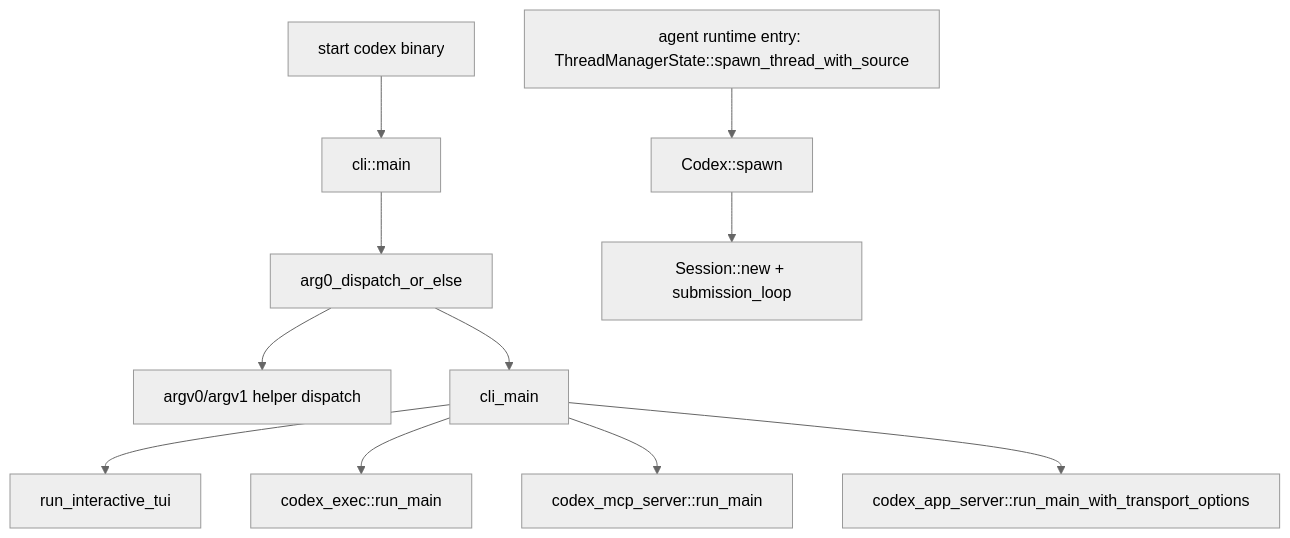
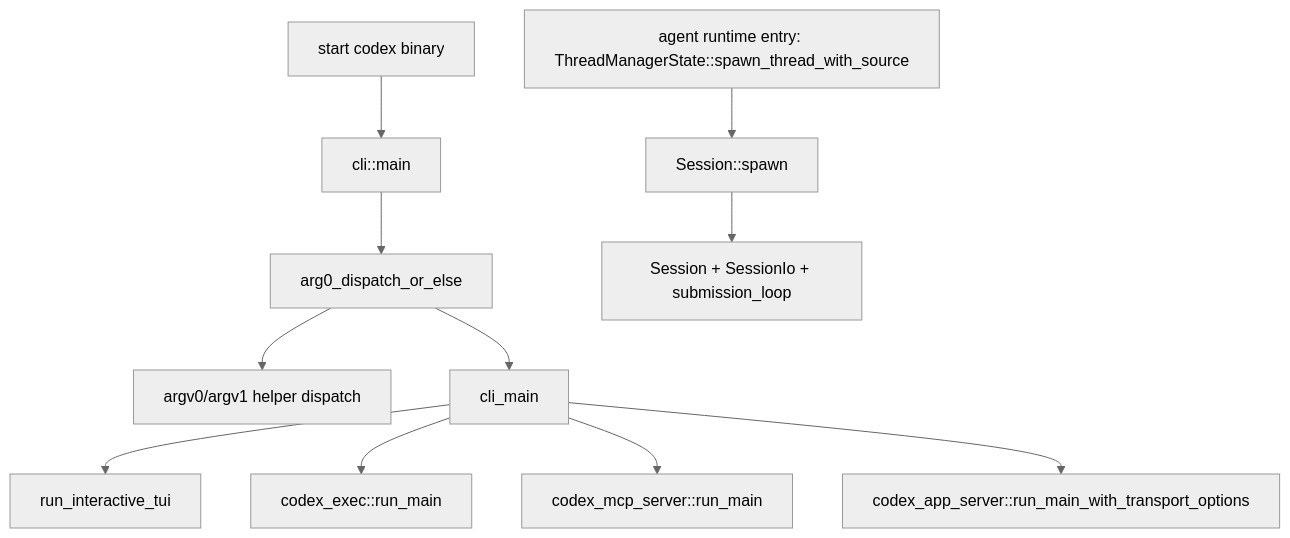
Before and after one commit to wdnmdtonyma/SOTA-Agent-LLM-Wiki: the diagram in docs/llm-wiki/codex/spine/process-lifecycle.md, drawn with Mermaid (neutral theme). The commit also changed other lines of this file and 183 other files, not shown here.

````diff
--- a/docs/llm-wiki/codex/spine/process-lifecycle.md
+++ b/docs/llm-wiki/codex/spine/process-lifecycle.md
@@ -23,14 +23,14 @@
 ```mermaid
 flowchart TD
     OS["start codex binary"] --> MAIN["cli::main"]
     MAIN --> ARG0["arg0_dispatch_or_else"]
     ARG0 --> ALIAS["argv0/argv1 helper dispatch"]
     ARG0 --> CLI["cli_main"]
     CLI --> TUI["run_interactive_tui"]
     CLI --> EXEC["codex_exec::run_main"]
     CLI --> MCP["codex_mcp_server::run_main"]
     CLI --> APP["codex_app_server::run_main_with_transport_options"]
     TM["agent runtime entry: ThreadManagerState::spawn_thread_with_source"]
-    TM --> CODEX["Codex::spawn"]
-    CODEX --> SESSION["Session::new + submission_loop"]
+    TM --> CODEX["Session::spawn"]
+    CODEX --> SESSION["Session + SessionIo + submission_loop"]
 ```
````
